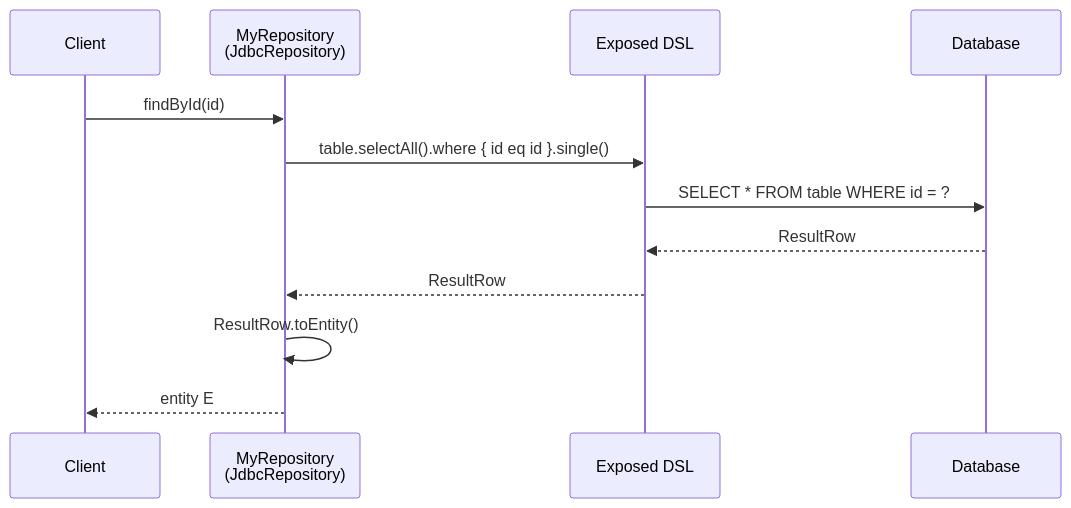
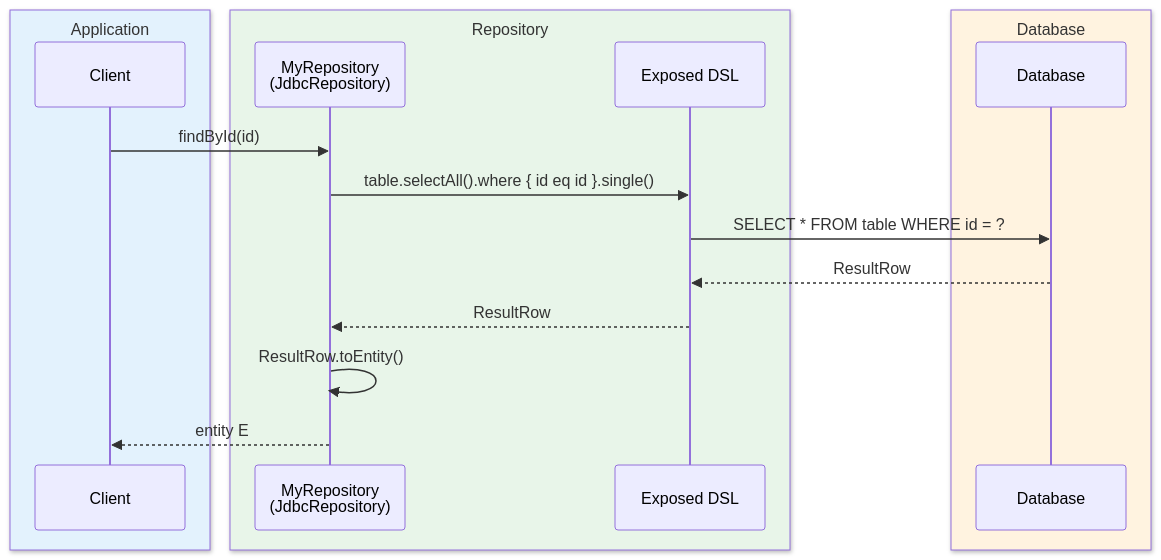
Before and after one commit to bluetape4k/bluetape4k-projects: the fourth of 6 diagrams in data/exposed-jdbc/README.ko.md, drawn with Mermaid. The commit also changed other lines of this file and 221 other files, not shown here.

First line of the commit message:
docs: 전체 모듈 README UML 다이어그램 보강 및 색상 업그레이드

````diff
--- a/data/exposed-jdbc/README.ko.md
+++ b/data/exposed-jdbc/README.ko.md
@@ -530,14 +550,20 @@
 ```mermaid
 sequenceDiagram
-    participant Client
-    participant Repository as MyRepository<br/>(JdbcRepository)
-    participant Exposed as Exposed DSL
-    participant DB as Database
+    box rgb(227, 242, 253) Application
+        participant Client
+    end
+    box rgb(232, 245, 233) Repository
+        participant Repository as MyRepository<br/>(JdbcRepository)
+        participant Exposed as Exposed DSL
+    end
+    box rgb(255, 243, 224) Database
+        participant DB as Database
+    end
     Client ->> Repository: findById(id)
     Repository ->> Exposed: table.selectAll().where { id eq id }.single()
     Exposed ->> DB: SELECT * FROM table WHERE id = ?
     DB -->> Exposed: ResultRow
     Exposed -->> Repository: ResultRow
     Repository ->> Repository: ResultRow.toEntity()
     Repository -->> Client: entity E
 ```
````
